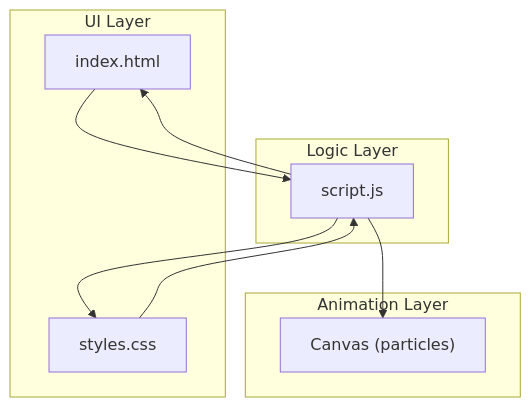
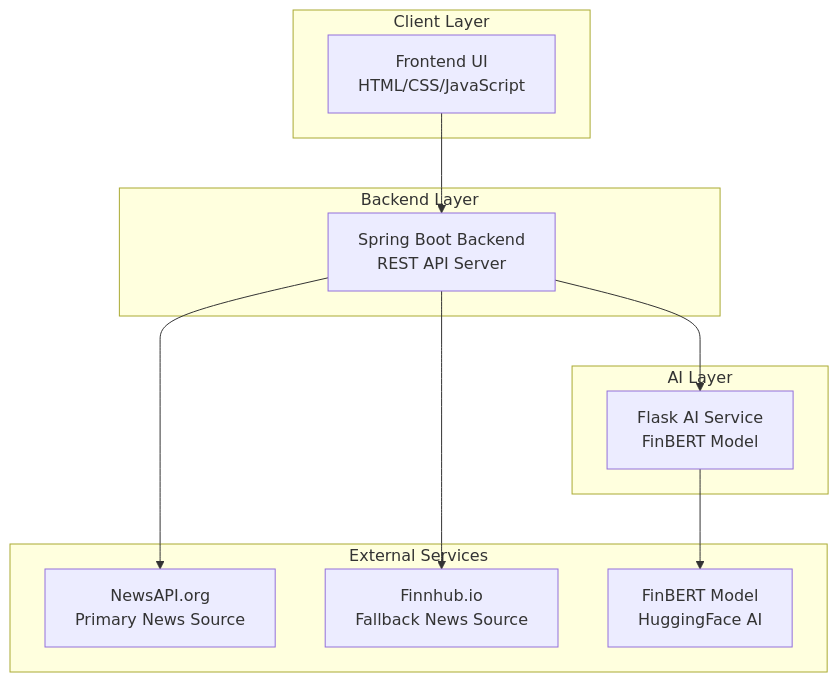
The first of 3 diagrams in .qoder/repowiki/en/content/Customization and Extension Guide.md (ayushtiwari1526/TheReinforcers_AyushTiwari), drawn with Mermaid before and after one commit. The commit also changed other lines of this file and 21 other files, not shown here.

````diff
--- a/.qoder/repowiki/en/content/Customization and Extension Guide.md
+++ b/.qoder/repowiki/en/content/Customization and Extension Guide.md
@@ -72,18 +51,22 @@
 ```mermaid
 graph TB
-subgraph "UI Layer"
-UI_HTML["index.html"]
-UI_CSS["styles.css"]
+subgraph "Client Layer"
+FRONTEND["Frontend UI<br/>HTML/CSS/JavaScript"]
 end
-subgraph "Logic Layer"
-LOGIC_JS["script.js"]
+subgraph "Backend Layer"
+SPRINGBOOT["Spring Boot Backend<br/>REST API Server"]
 end
-subgraph "Animation Layer"
-CANVAS["Canvas (particles)"]
+subgraph "AI Layer"
+FLASK["Flask AI Service<br/>FinBERT Model"]
 end
-UI_HTML --> LOGIC_JS
-UI_CSS --> LOGIC_JS
-LOGIC_JS --> CANVAS
-LOGIC_JS --> UI_HTML
-LOGIC_JS --> UI_CSS
+subgraph "External Services"
+NEWSAPI["NewsAPI.org<br/>Primary News Source"]
+FINNHUB["Finnhub.io<br/>Fallback News Source"]
+FINBERT["FinBERT Model<br/>HuggingFace AI"]
+end
+FRONTEND --> SPRINGBOOT
+SPRINGBOOT --> FLASK
+FLASK --> FINBERT
+SPRINGBOOT --> NEWSAPI
+SPRINGBOOT --> FINNHUB
 ```
````
